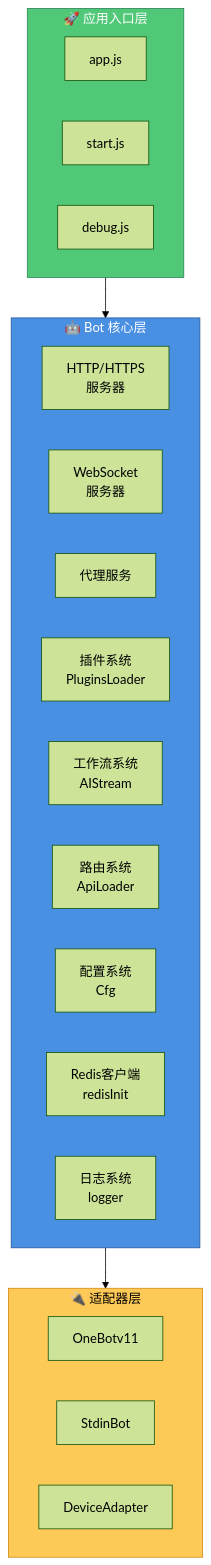
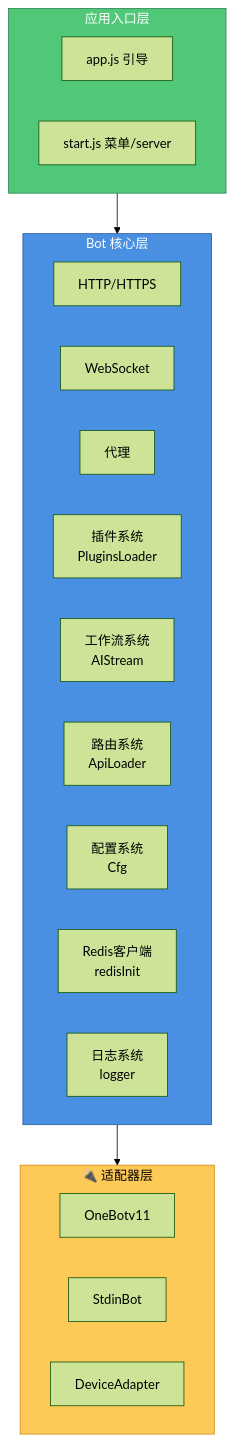
The first of 5 diagrams in docs/ARCHITECTURE.md (sunflowermm/XRK-Yunzai), drawn with Mermaid (forest theme) before and after one commit. The commit also changed other lines of this file and 32 other files, not shown here.

````diff
--- a/docs/ARCHITECTURE.md
+++ b/docs/ARCHITECTURE.md
@@ -19,35 +21,34 @@
 ```mermaid
 graph TB
-    subgraph Entry["🚀 应用入口层"]
-        App["app.js"]
-        Start["start.js"]
-        Debug["debug.js"]
+    subgraph Entry["应用入口层"]
+        App["app.js 引导"]
+        Start["start.js 菜单/server"]
     end
     
-    subgraph Core["🤖 Bot 核心层"]
-        HTTP["HTTP/HTTPS<br/>服务器"]
-        WS["WebSocket<br/>服务器"]
-        Proxy["代理服务"]
+    subgraph Core["Bot 核心层"]
+        HTTP["HTTP/HTTPS"]
+        WS["WebSocket"]
+        Proxy["代理"]
         
         PluginSys["插件系统<br/>PluginsLoader"]
         WorkflowSys["工作流系统<br/>AIStream"]
         RouteSys["路由系统<br/>ApiLoader"]
         
         ConfigSys["配置系统<br/>Cfg"]
         RedisSys["Redis客户端<br/>redisInit"]
         LogSys["日志系统<br/>logger"]
     end
     
     subgraph Adapter["🔌 适配器层"]
         OneBot["OneBotv11"]
         Stdin["StdinBot"]
         Device["DeviceAdapter"]
     end
     
     Entry --> Core
     Core --> Adapter
     
     style Core fill:#4a90e2,stroke:#2c5aa0,color:#fff
     style Entry fill:#50c878,stroke:#2d8659,color:#fff
     style Adapter fill:#feca57,stroke:#d68910,color:#000
 ```
````
